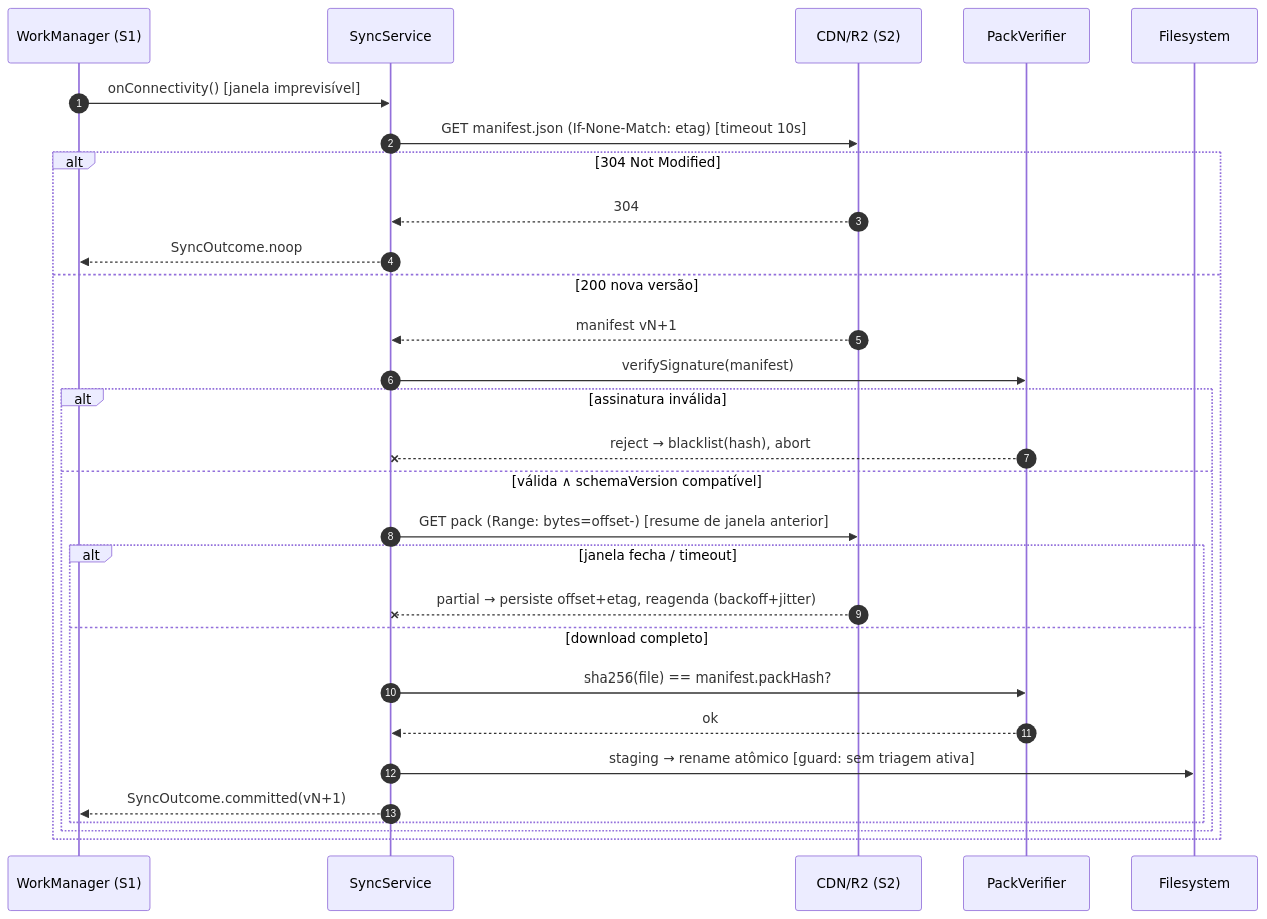
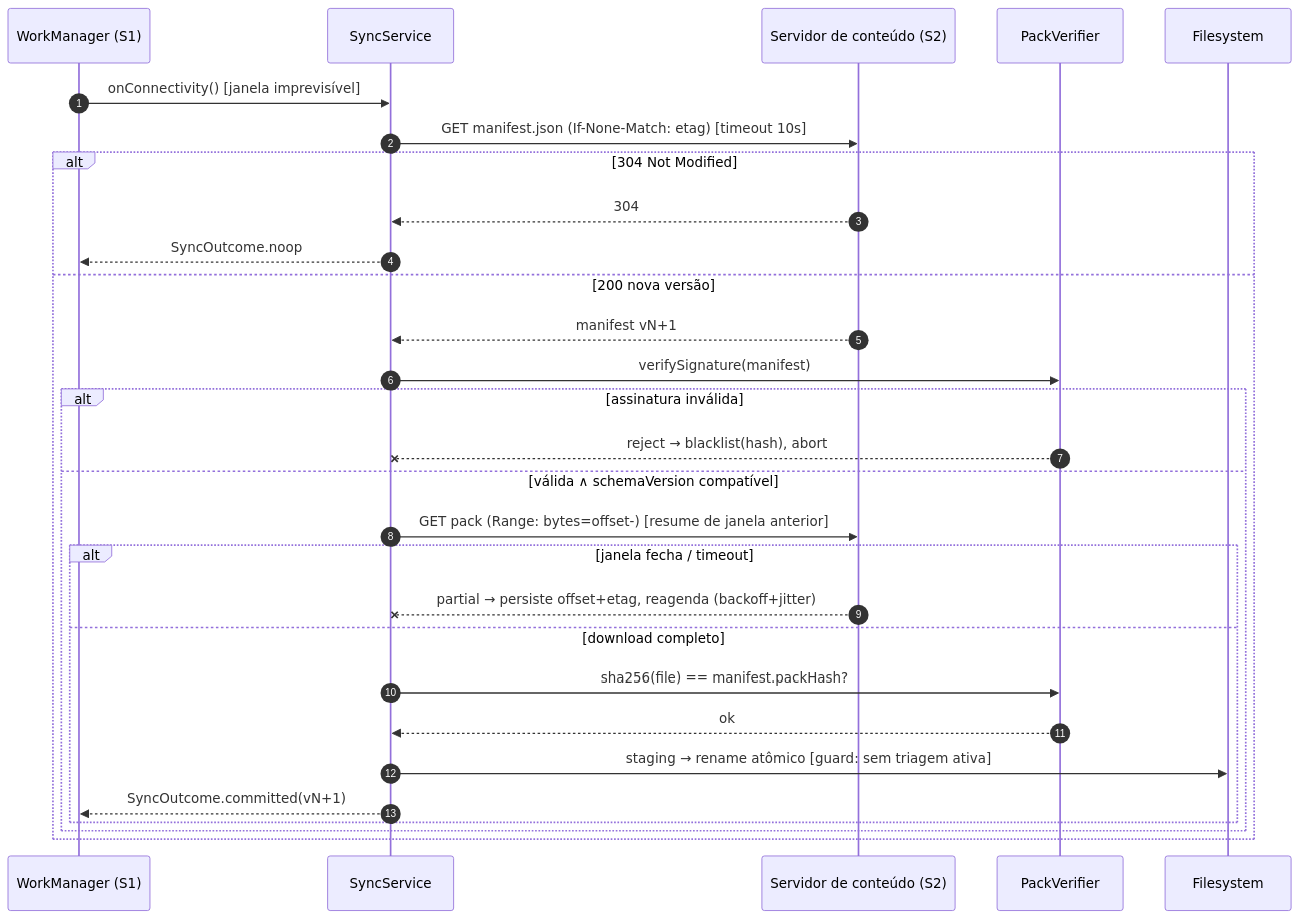
Before and after one commit to hbgit/Guia-UBS: the third of 5 diagrams in docs/espec.md, drawn with Mermaid. The commit also changed other lines of this file and 4 other files, not shown here.

````diff
--- a/docs/espec.md
+++ b/docs/espec.md
@@ -240,32 +240,32 @@
 ```mermaid
 sequenceDiagram
     autonumber
     participant OS as WorkManager (S1)
     participant SY as SyncService
-    participant CDN as CDN/R2 (S2)
+    participant CDN as Servidor de conteúdo (S2)
     participant PV as PackVerifier
     participant FS as Filesystem
 
     OS->>SY: onConnectivity()  [janela imprevisível]
     SY->>CDN: GET manifest.json (If-None-Match: etag)  [timeout 10s]
     alt 304 Not Modified
         CDN-->>SY: 304
         SY-->>OS: SyncOutcome.noop
     else 200 nova versão
         CDN-->>SY: manifest vN+1
         SY->>PV: verifySignature(manifest)
         alt assinatura inválida
             PV--xSY: reject → blacklist(hash), abort
         else válida ∧ schemaVersion compatível
             SY->>CDN: GET pack (Range: bytes=offset-)  [resume de janela anterior]
             alt janela fecha / timeout
                 CDN--xSY: partial → persiste offset+etag, reagenda (backoff+jitter)
             else download completo
                 SY->>PV: sha256(file) == manifest.packHash?
                 PV-->>SY: ok
                 SY->>FS: staging → rename atômico  [guard: sem triagem ativa]
                 SY-->>OS: SyncOutcome.committed(vN+1)
             end
         end
     end
 ```
````
